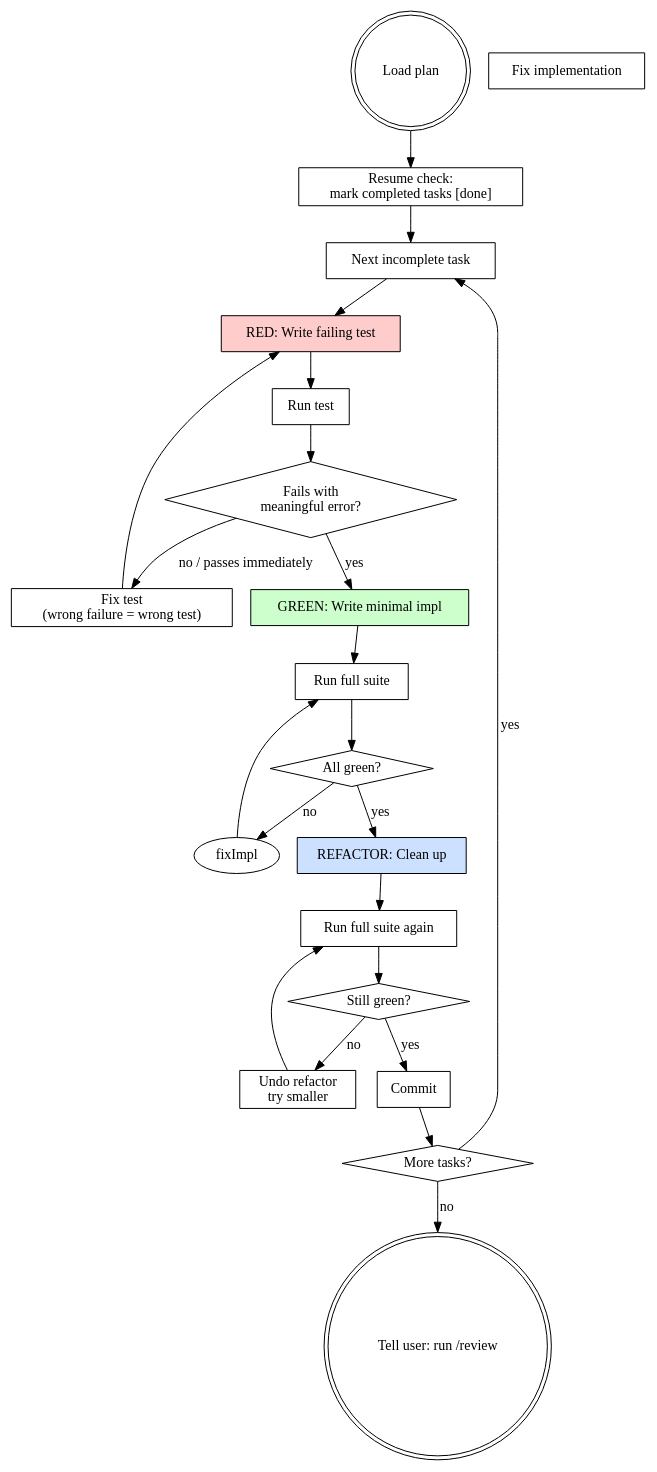
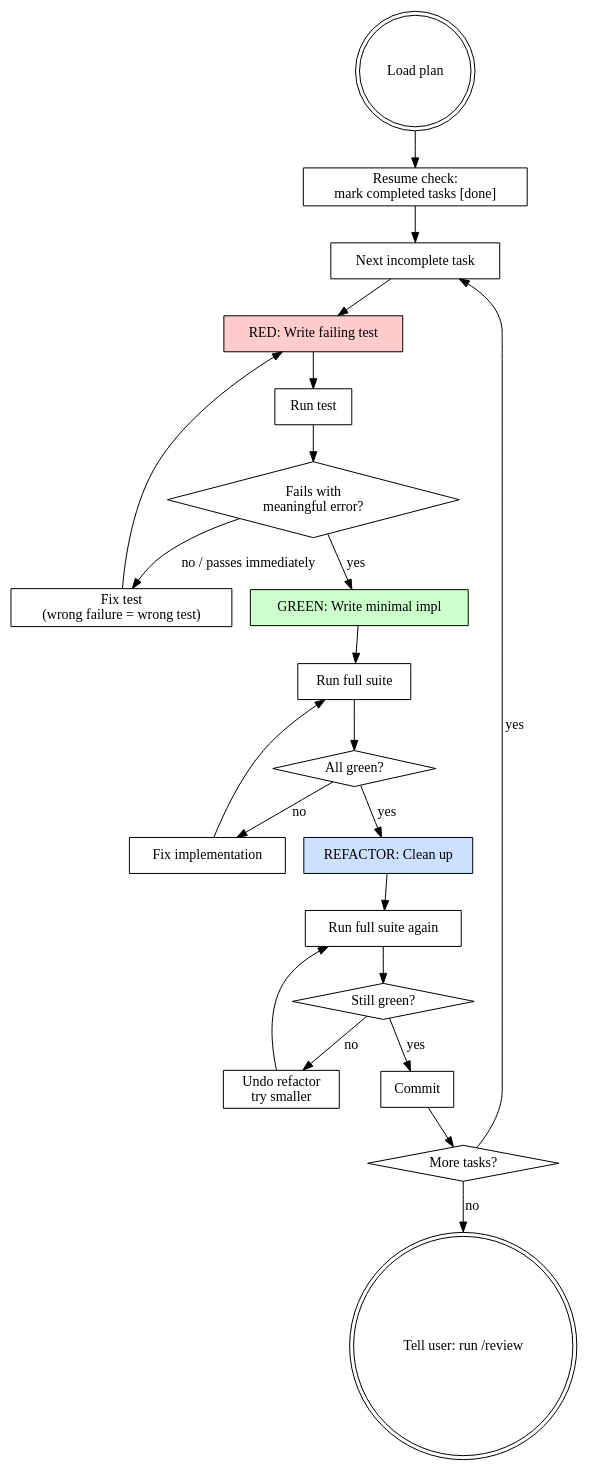
The diagram in skills/build/SKILL.md (zmzhace/fullstack-skills), drawn with Graphviz before and after one commit. The commit also changed other lines of this file and 2 other files, not shown here.

````diff
--- a/skills/build/SKILL.md
+++ b/skills/build/SKILL.md
@@ -12,45 +12,45 @@
 ```dot
 digraph build {
     rankdir=TB;
     start   [label="Load plan", shape=doublecircle];
     resume  [label="Resume check:\nmark completed tasks [done]", shape=box];
     task    [label="Next incomplete task", shape=box];
     red     [label="RED: Write failing test", shape=box, style=filled, fillcolor="#ffcccc"];
     run1    [label="Run test", shape=box];
     fails   [label="Fails with\nmeaningful error?", shape=diamond];
     fixtest [label="Fix test\n(wrong failure = wrong test)", shape=box];
     green   [label="GREEN: Write minimal impl", shape=box, style=filled, fillcolor="#ccffcc"];
     run2    [label="Run full suite", shape=box];
     allpass [label="All green?", shape=diamond];
     fiximpl [label="Fix implementation", shape=box];
     refact  [label="REFACTOR: Clean up", shape=box, style=filled, fillcolor="#cce0ff"];
     run3    [label="Run full suite again", shape=box];
     stillg  [label="Still green?", shape=diamond];
     undo    [label="Undo refactor\ntry smaller", shape=box];
     commit  [label="Commit", shape=box];
     more    [label="More tasks?", shape=diamond];
     done    [label="Tell user: run /review", shape=doublecircle];
 
     start -> resume;
     resume -> task;
     task -> red;
     red -> run1;
     run1 -> fails;
     fails -> fixtest [label="no / passes immediately"];
     fixtest -> red;
     fails -> green [label="yes"];
     green -> run2;
     run2 -> allpass;
-    allpass -> fixImpl [label="no"];
-    fixImpl -> run2;
+    allpass -> fiximpl [label="no"];
+    fiximpl -> run2;
     allpass -> refact [label="yes"];
     refact -> run3;
     run3 -> stillg;
     stillg -> undo [label="no"];
     undo -> run3;
     stillg -> commit [label="yes"];
     commit -> more;
     more -> task [label="yes"];
     more -> done [label="no"];
 }
 ```
````
